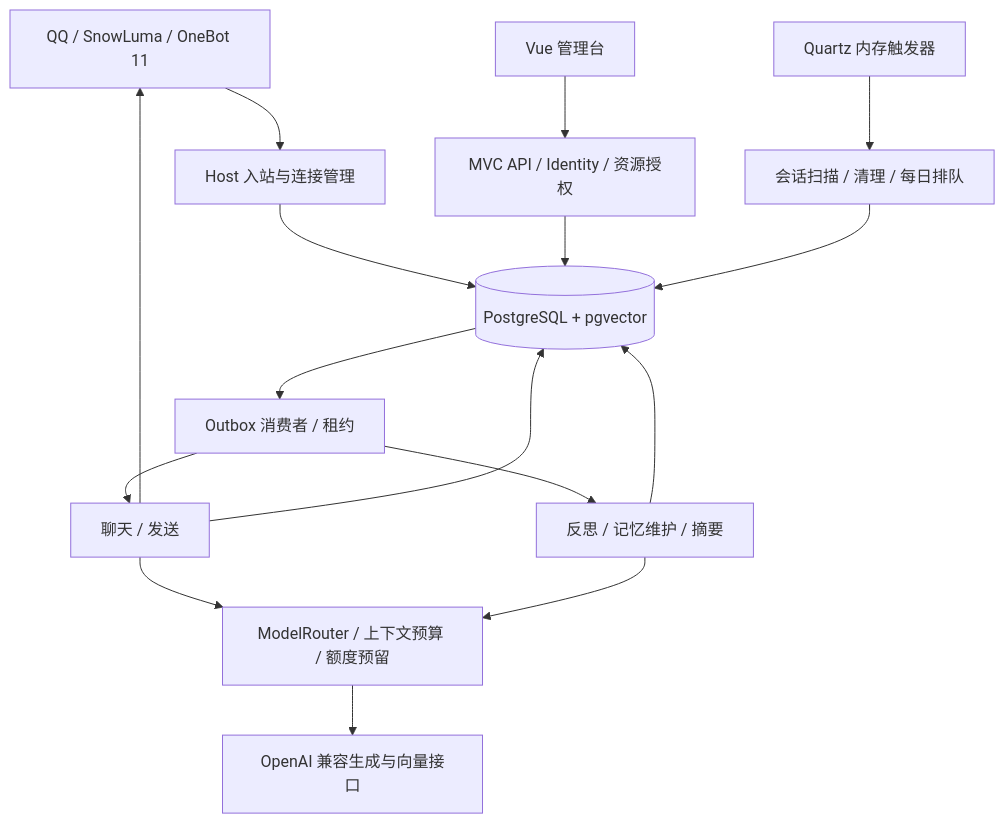
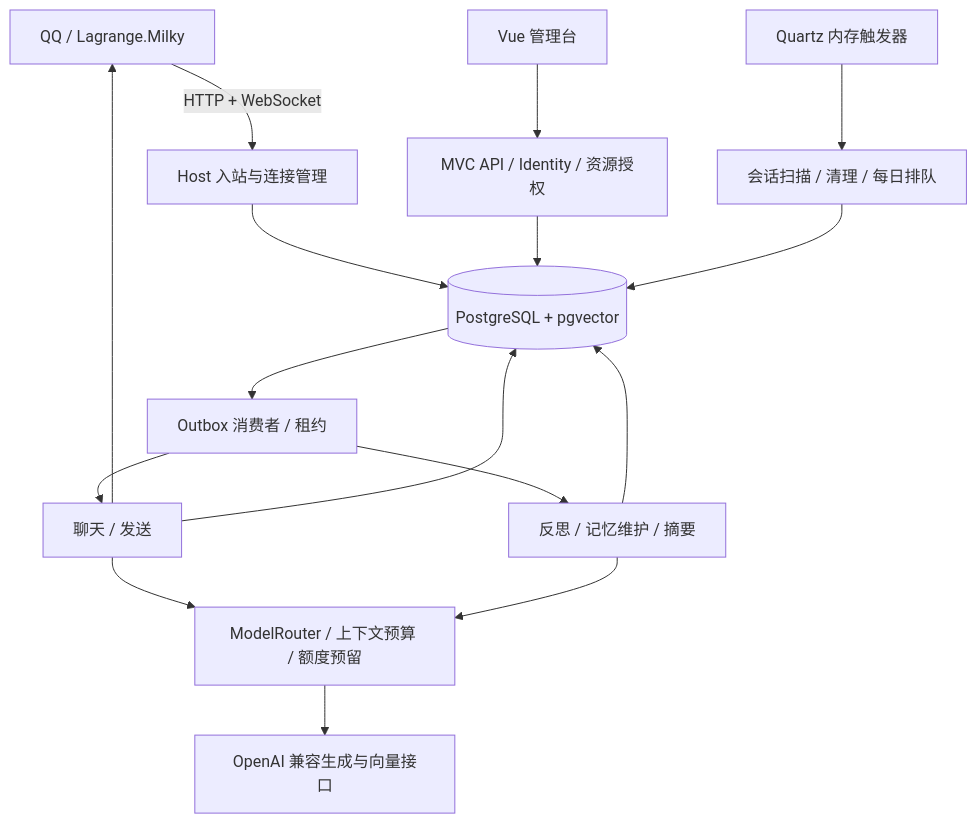
One commit to Raspberry-Monster/Wonder changed the diagram in docs/architecture.md. Above: the diagram before and after it, drawn with Mermaid. The commit also changed other lines of this file and 65 other files, not shown here.

First line of the commit message:
refactor: replace OneBot with Lagrange.Milky

````diff
--- a/docs/architecture.md
+++ b/docs/architecture.md
@@ -11,18 +11,18 @@
 ```mermaid
 flowchart TB
-    QQ[QQ / SnowLuma / OneBot 11] --> INGEST[Host 入站与连接管理]
+    QQ[QQ / Lagrange.Milky] -->|HTTP + WebSocket| INGEST[Host 入站与连接管理]
     WEB[Vue 管理台] --> API[MVC API / Identity / 资源授权]
     INGEST --> DB[(PostgreSQL + pgvector)]
     API --> DB
     QUARTZ[Quartz 内存触发器] --> MAINT[会话扫描 / 清理 / 每日排队]
     MAINT --> DB
     DB --> WORKERS[Outbox 消费者 / 租约]
     WORKERS --> CHAT[聊天 / 发送]
     WORKERS --> REFLECT[反思 / 记忆维护 / 摘要]
     CHAT --> ROUTER[ModelRouter / 上下文预算 / 额度预留]
     REFLECT --> ROUTER
     ROUTER --> MODEL[OpenAI 兼容生成与向量接口]
     CHAT --> QQ
     CHAT --> DB
     REFLECT --> DB
 ```
````
